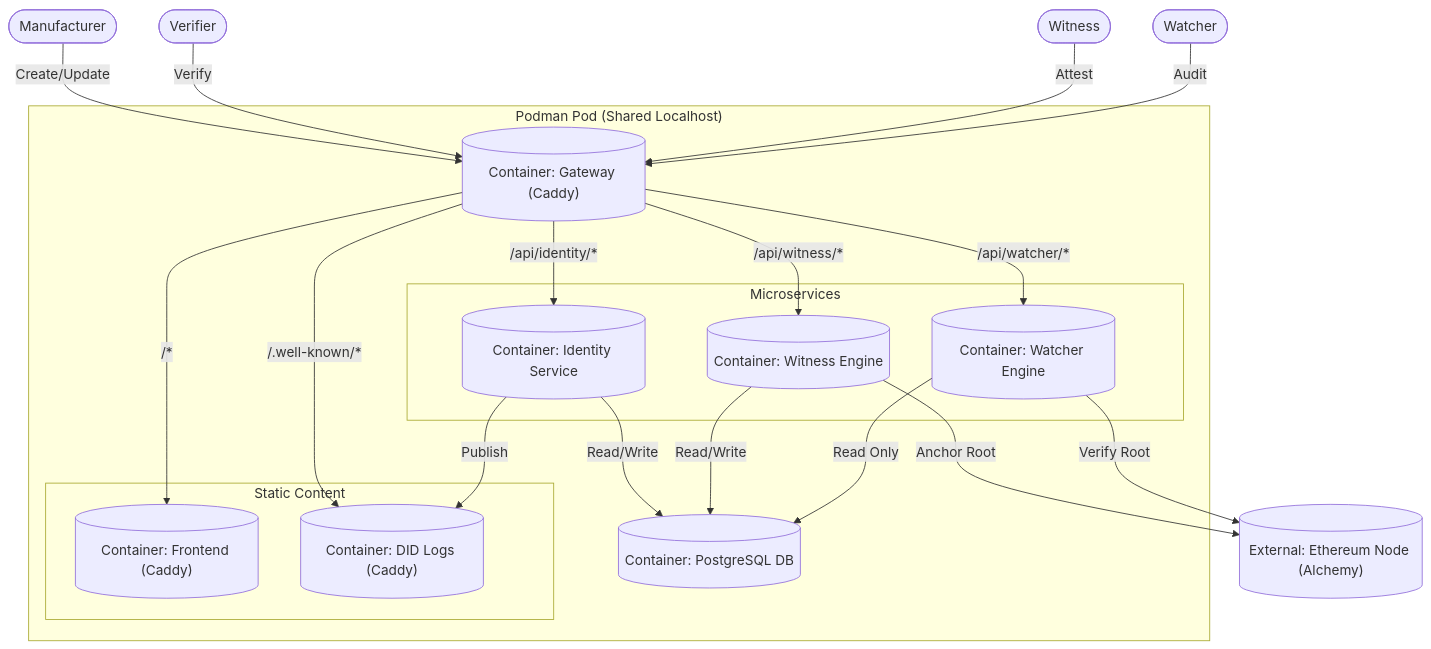
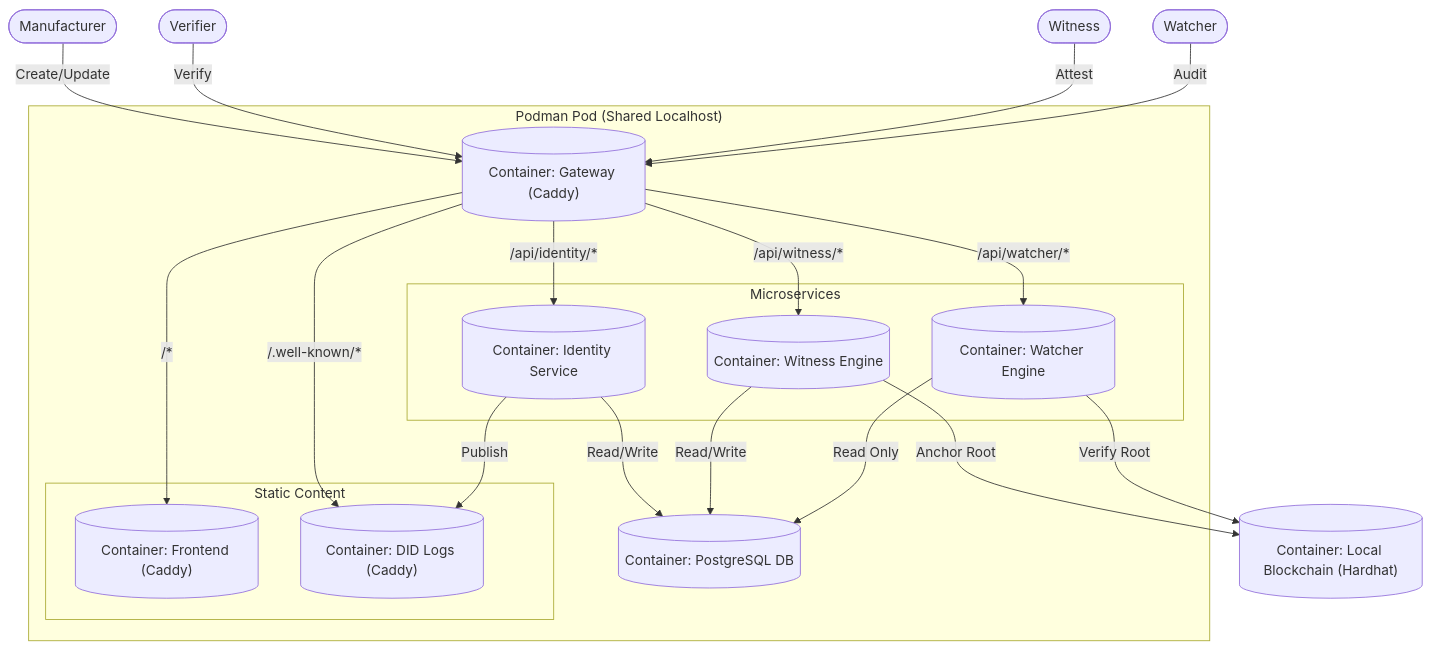
One commit to Thijmeeee/Enabling-trust-with-DLT-technologies changed the first of 3 diagrams in production/PRODUCTION_PLAN.md. Above: the diagram before and after it, drawn with Mermaid. The commit also changed other lines of this file and 1 other file, not shown here.

````diff
--- a/production/PRODUCTION_PLAN.md
+++ b/production/PRODUCTION_PLAN.md
@@ -36,54 +36,54 @@
 ```mermaid
 graph TD
     %% Stakeholders
     Man([Manufacturer])
     Ver([Verifier])
     Wit([Witness])
     Wat([Watcher])
 
     %% Infrastructure
     subgraph Pod ["Podman Pod (Shared Localhost)"]
         
         Gateway[("Container: Gateway (Caddy)")]
         
         subgraph Static ["Static Content"]
             Front[("Container: Frontend (Caddy)")]
             Logs[("Container: DID Logs (Caddy)")]
         end
 
         subgraph Logic ["Microservices"]
             Identity[("Container: Identity Service")]
             Witness[("Container: Witness Engine")]
             Watcher[("Container: Watcher Engine")]
         end
 
         DB[("Container: PostgreSQL DB")]
     end
 
     %% External
-    Sepolia[("External: Ethereum Node (Alchemy)")]
+    LocalChain[("Container: Local Blockchain (Hardhat)")]
 
     %% Flows
     Man -->|Create/Update| Gateway
     Ver -->|Verify| Gateway
     Wit -->|Attest| Gateway
     Wat -->|Audit| Gateway
 
     %% Gateway Routing
     Gateway -->|/api/identity/*| Identity
     Gateway -->|/api/witness/*| Witness
     Gateway -->|/api/watcher/*| Watcher
     Gateway -->|/.well-known/*| Logs
     Gateway -->|/*| Front
 
     %% Internal Data Logic
     Identity -->|Read/Write| DB
     Witness -->|Read/Write| DB
     Watcher -->|Read Only| DB
     
     Identity -->|Publish| Logs
     
     %% Trust Logic
-    Witness -->|Anchor Root| Sepolia
-    Watcher -->|Verify Root| Sepolia
+    Witness -->|Anchor Root| LocalChain
+    Watcher -->|Verify Root| LocalChain
 ```
````
